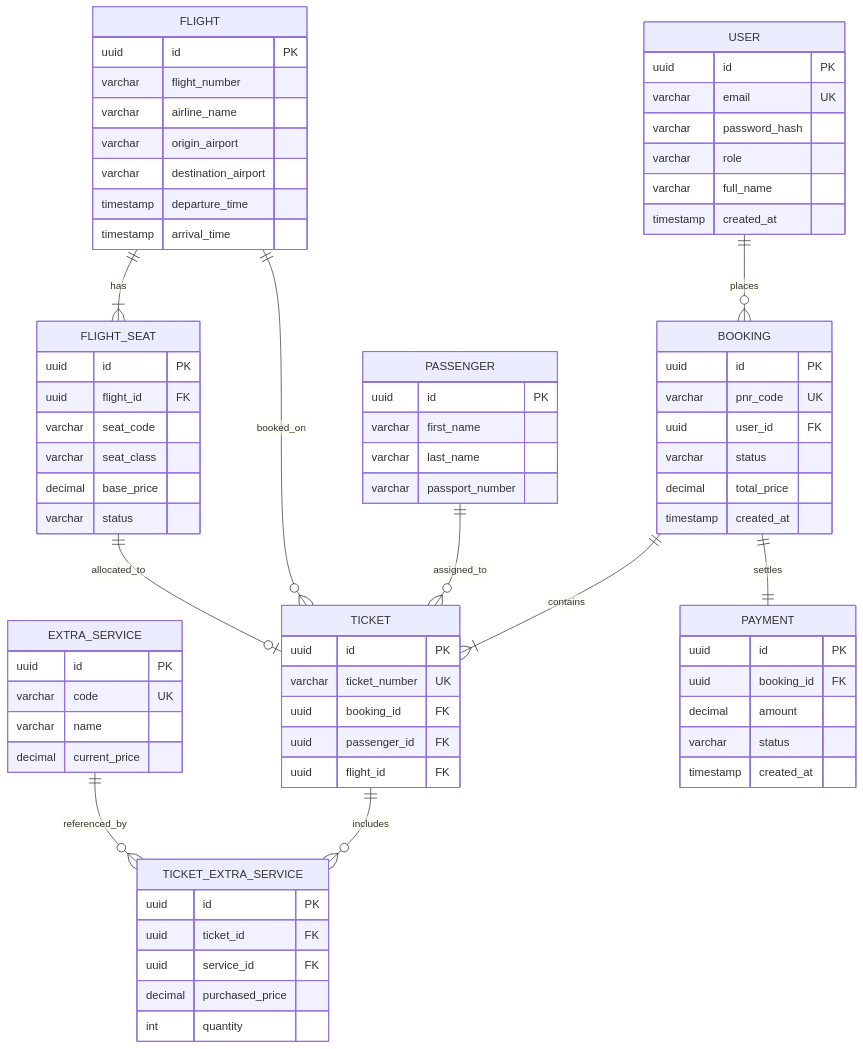
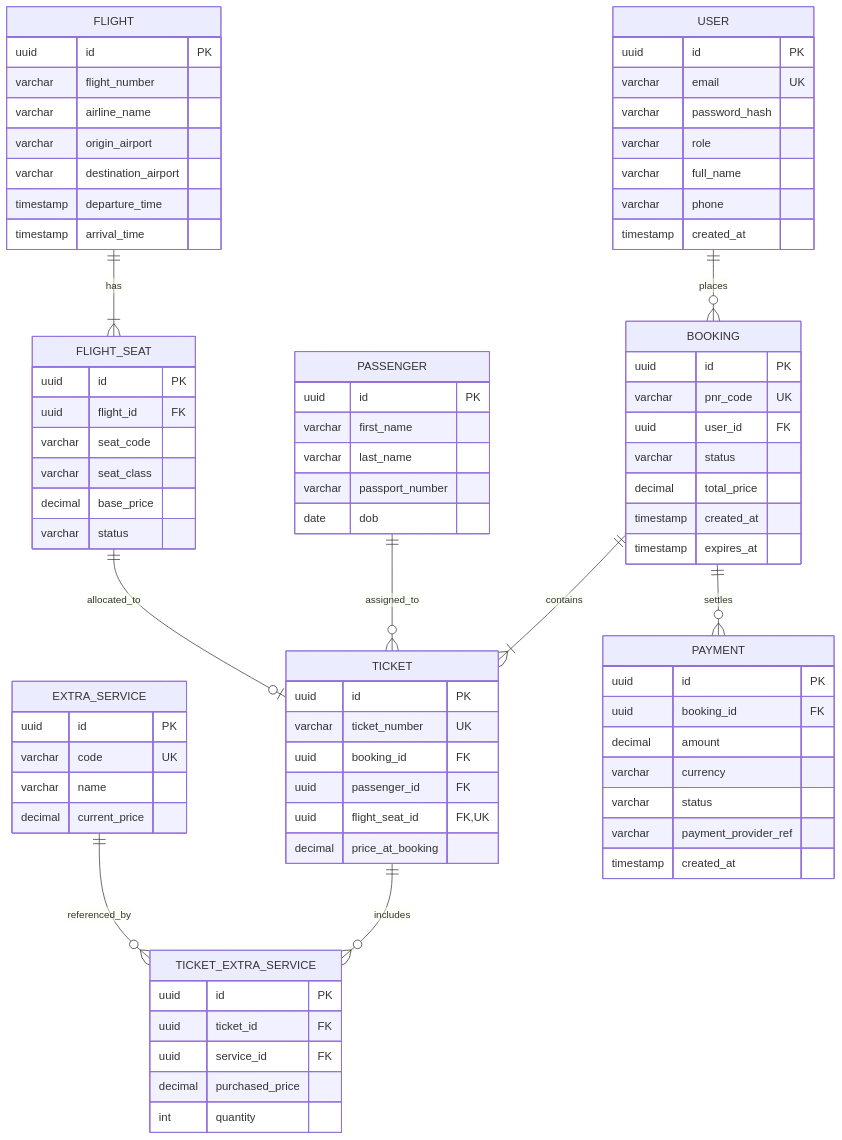
The diagram in README.md (MVlance/kpi2_laba), drawn with Mermaid before and after one commit. The commit also changed other lines of this file and 2 other files, not shown here.

Commit message:
fix: correct payment for handling retry attempts and added adr

````diff
--- a/README.md
+++ b/README.md
@@ -11,12 +11,11 @@
     USER ||--o{ BOOKING : places
     BOOKING ||--|{ TICKET : contains
     PASSENGER ||--o{ TICKET : assigned_to
-    FLIGHT ||--o{ TICKET : booked_on
     FLIGHT ||--|{ FLIGHT_SEAT : has
     FLIGHT_SEAT ||--o| TICKET : allocated_to
     TICKET ||--o{ TICKET_EXTRA_SERVICE : includes
     EXTRA_SERVICE ||--o{ TICKET_EXTRA_SERVICE : referenced_by
-    BOOKING ||--|| PAYMENT : settles
+    BOOKING ||--o{ PAYMENT : settles
 
     USER {
         uuid id PK
@@ -24,8 +23,10 @@
         varchar password_hash
         varchar role
         varchar full_name
+        varchar phone
         timestamp created_at
     }
+
     FLIGHT {
         uuid id PK
         varchar flight_number
@@ -35,6 +36,7 @@
         timestamp departure_time
         timestamp arrival_time
     }
+
     FLIGHT_SEAT {
         uuid id PK
         uuid flight_id FK
@@ -43,6 +45,7 @@
         decimal base_price
         varchar status
     }
+
     BOOKING {
         uuid id PK
         varchar pnr_code UK
@@ -50,26 +53,33 @@
         varchar status
         decimal total_price
         timestamp created_at
+        timestamp expires_at
     }
+
     PASSENGER {
         uuid id PK
         varchar first_name
         varchar last_name
         varchar passport_number
+        date dob
     }
+
     TICKET {
         uuid id PK
         varchar ticket_number UK
         uuid booking_id FK
         uuid passenger_id FK
-        uuid flight_id FK
+        uuid flight_seat_id FK,UK
+        decimal price_at_booking
     }
+
     EXTRA_SERVICE {
         uuid id PK
         varchar code UK
         varchar name
         decimal current_price
     }
+
     TICKET_EXTRA_SERVICE {
         uuid id PK
         uuid ticket_id FK
@@ -77,11 +87,14 @@
         decimal purchased_price
         int quantity
     }
+
     PAYMENT {
         uuid id PK
         uuid booking_id FK
         decimal amount
+        varchar currency
         varchar status
+        varchar payment_provider_ref
         timestamp created_at
     }
 ```
````
